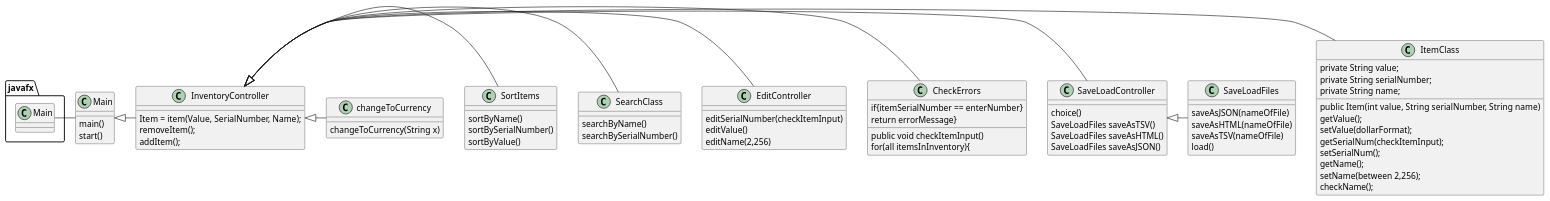
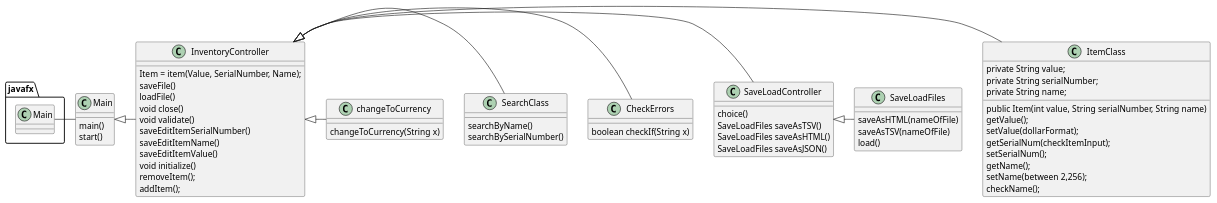
One commit to vincentv1345/verapen-6448-a5 changed the diagram in UML File/UML.puml. Above: the diagram before and after it, drawn with PlantUML.

Commit message:
updated UML Files

```diff
--- a/UML File/UML.puml
+++ b/UML File/UML.puml
@@ -1,70 +1,62 @@
 @startuml
 'https://plantuml.com/sequence-diagram
 class Main{
     main()
     start()
 }
 class InventoryController{
 Item = item(Value, SerialNumber, Name);
+saveFile()
+loadFile()
+void close()
+void validate()
+saveEditItemSerialNumber()
+saveEditItemName()
+saveEditItemValue()
+void initialize()
 removeItem();
 addItem();
 }
 class changeToCurrency{
 changeToCurrency(String x)
-}
-class EditController{
-editSerialNumber(checkItemInput)
-editValue()
-editName(2,256)
 }
 class ItemClass{
 private String value;
 private String serialNumber;
 private String name;
 public Item(int value, String serialNumber, String name)
 getValue();
 setValue(dollarFormat);
 getSerialNum(checkItemInput);
 setSerialNum();
 getName();
 setName(between 2,256);
 checkName();
 }
 class SearchClass{
 searchByName()
 searchBySerialNumber()
 }
 class SaveLoadController{
  choice()
  SaveLoadFiles saveAsTSV()
  SaveLoadFiles saveAsHTML()
  SaveLoadFiles saveAsJSON()
 }
 class CheckErrors{
-public void checkItemInput()
-for(all itemsInInventory){
-if{itemSerialNumber == enterNumber}
-return errorMessage}
-}
-class SortItems{
-sortByName()
-sortBySerialNumber()
-sortByValue()
+boolean checkIf(String x)
 }
 class SaveLoadFiles{
-saveAsJSON(nameOfFile)
 saveAsHTML(nameOfFile)
 saveAsTSV(nameOfFile)
 load()
 }
 javafx.Main - Main
 Main <|- InventoryController
 InventoryController <|- ItemClass
 InventoryController <|- SaveLoadController
 InventoryController <|- CheckErrors
-InventoryController <|- EditController
 SaveLoadController <|- SaveLoadFiles
 InventoryController <|- SearchClass
-InventoryController <|- SortItems
 InventoryController <|- changeToCurrency
 @enduml
```
